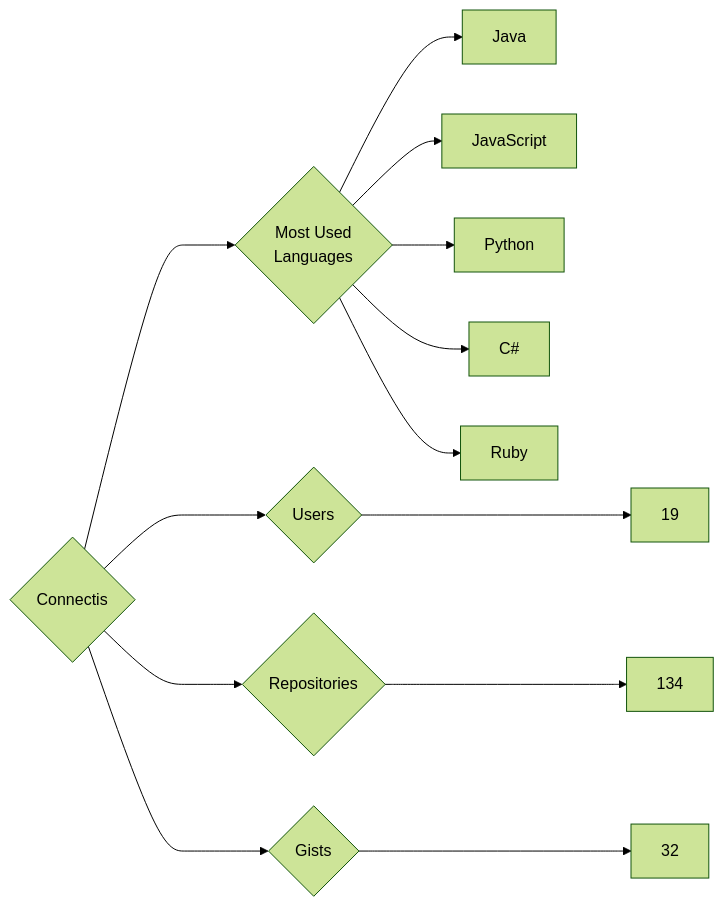
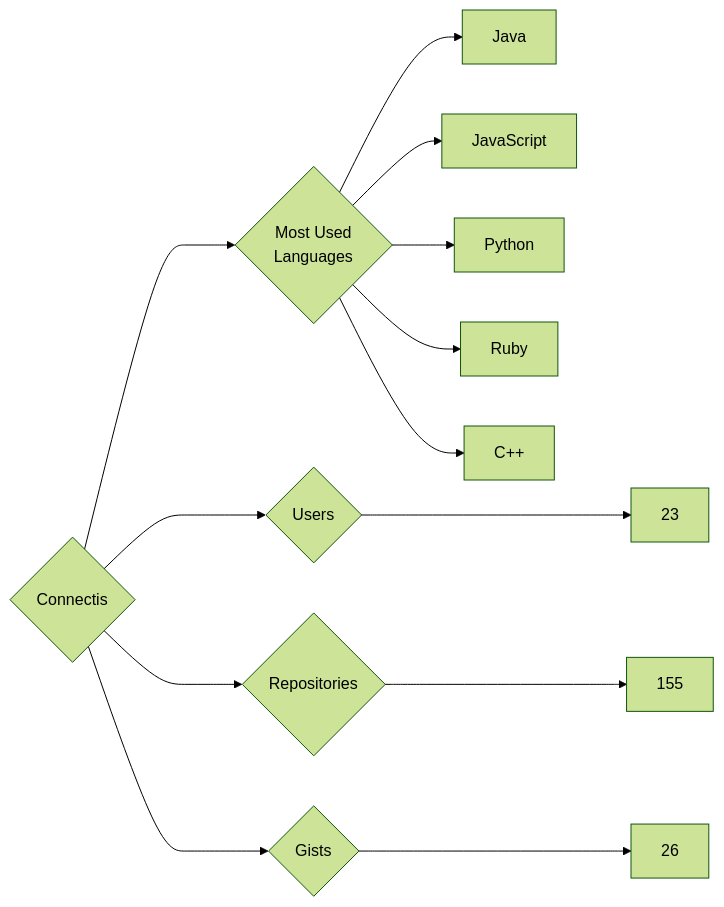
The diagram in targets/Connectis/README.md (trickest/insiders), drawn with Mermaid (forest theme) before and after one commit. The commit also changed 847 other files, not shown here.

````diff
--- a/targets/Connectis/README.md
+++ b/targets/Connectis/README.md
@@ -3,13 +3,13 @@
 ```mermaid
 graph LR
 COMPANY_NAME{Connectis}
-COMPANY_NAME ---> U{Users} ---> UN[19]
-COMPANY_NAME ---> R{Repositories} ---> RN[134]
-COMPANY_NAME ---> G{Gists} ---> GN[32]
+COMPANY_NAME ---> U{Users} ---> UN[23]
+COMPANY_NAME ---> R{Repositories} ---> RN[155]
+COMPANY_NAME ---> G{Gists} ---> GN[26]
 COMPANY_NAME ---> ML{Most Used<br>Languages}
 ML --> Java[Java]
 ML --> JavaScript[JavaScript]
 ML --> Python[Python]
-ML --> C#[C#]
 ML --> Ruby[Ruby]
+ML --> C++[C++]
 ```
````
